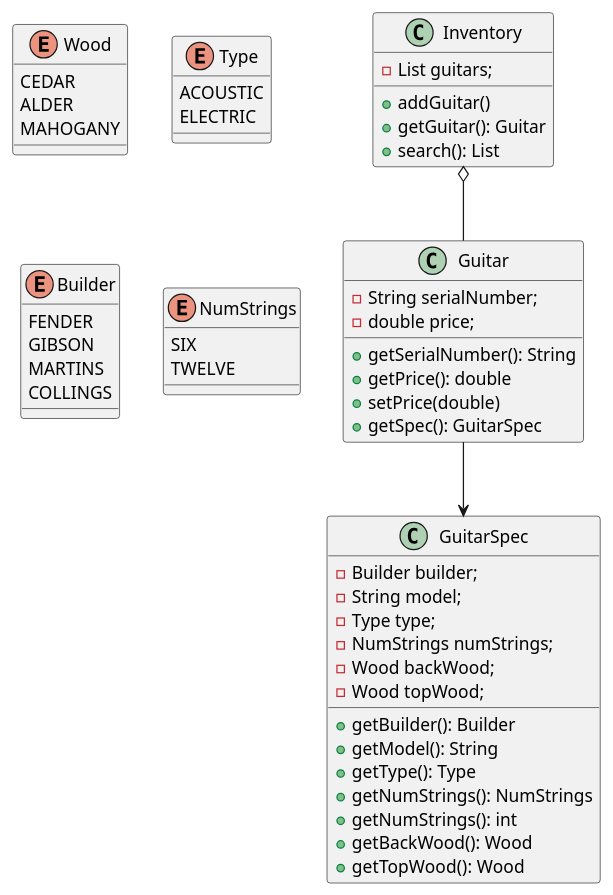
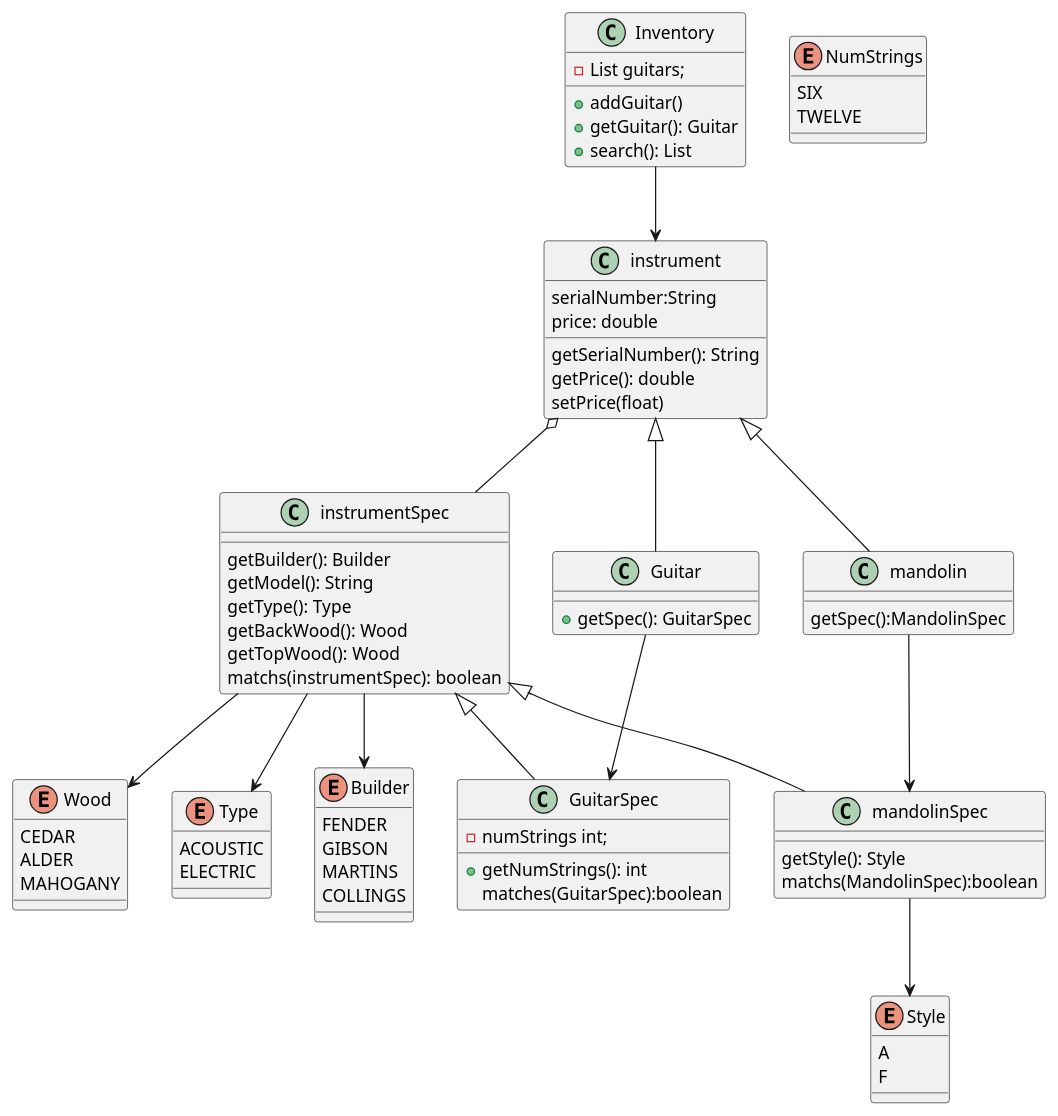
The diagram in guitar.puml (Seaniesshow13/OOAD), drawn with PlantUML before and after one commit. The commit also changed 8 other files, not shown here.

```diff
--- a/guitar.puml
+++ b/guitar.puml
@@ -1,62 +1,89 @@
 @startuml
 
 enum Wood{
 CEDAR
 ALDER
 MAHOGANY
 }
 
 enum Type{
 ACOUSTIC
 ELECTRIC
+}
+
+enum Style{
+A
+F
 }
 
 enum Builder{
 FENDER
 GIBSON
 MARTINS
 COLLINGS
 }
 enum NumStrings{
 SIX
 TWELVE
 }
 
 class Inventory{
 -List guitars;
 +addGuitar()
 +getGuitar(): Guitar
 +search(): List
 }
 
 class Guitar{
--String serialNumber;
--double price;
-+getSerialNumber(): String
-+getPrice(): double
-+setPrice(double)
 +getSpec(): GuitarSpec
 }
 
 class GuitarSpec{
--Builder builder;
--String model;
--Type type;
--NumStrings numStrings;
--Wood backWood;
--Wood topWood;
-+getBuilder(): Builder
-+getModel(): String
-+getType(): Type
-+getNumStrings(): NumStrings
+-numStrings int;
 +getNumStrings(): int
-+getBackWood(): Wood
-+getTopWood(): Wood
+matches(GuitarSpec):boolean
+
 }
 
-Inventory  o-- Guitar
+class instrument{
+serialNumber:String
+price: double
+getSerialNumber(): String
+getPrice(): double
+setPrice(float)
+}
 
+class mandolin{
+getSpec():MandolinSpec
+}
+
+class mandolinSpec{
+getStyle(): Style
+matchs(MandolinSpec):boolean
+}
+
+class instrumentSpec{
+getBuilder(): Builder
+getModel(): String
+getType(): Type
+getBackWood(): Wood
+getTopWood(): Wood
+matchs(instrumentSpec): boolean
+
+}
+
+Inventory --> instrument
 Guitar --> GuitarSpec
+mandolin --> mandolinSpec
+instrument <|-- Guitar
+instrument <|-- mandolin
+instrumentSpec <|-- GuitarSpec
+instrumentSpec <|-- mandolinSpec
+instrumentSpec --> Builder
+instrumentSpec --> Type
+instrumentSpec --> Wood
+mandolinSpec --> Style
+instrument o-- instrumentSpec
 
 
 @end
```
